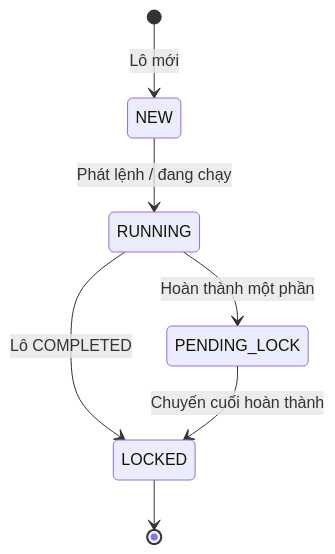
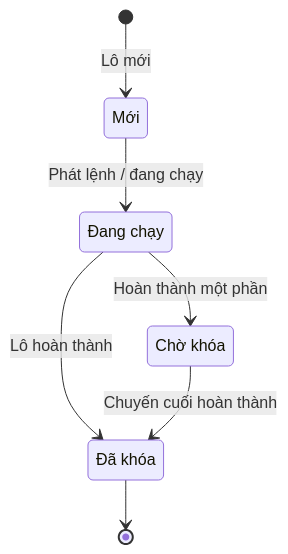
The seventh of 7 diagrams in docs/prd/quy-trinh-cus-dieuvan-laixe.md (4rankng/silversea), drawn with Mermaid before and after one commit. The commit also changed other lines of this file, not shown here.

````diff
--- a/docs/prd/quy-trinh-cus-dieuvan-laixe.md
+++ b/docs/prd/quy-trinh-cus-dieuvan-laixe.md
@@ -245,9 +255,14 @@
 ```mermaid
 stateDiagram-v2
-    [*] --> NEW : Lô mới
-    NEW --> RUNNING : Phát lệnh / đang chạy
-    RUNNING --> PENDING_LOCK : Hoàn thành một phần
-    RUNNING --> LOCKED : Lô COMPLETED
-    PENDING_LOCK --> LOCKED : Chuyến cuối hoàn thành
-    LOCKED --> [*]
+    state "Mới" as moi
+    state "Đang chạy" as chay
+    state "Chờ khóa" as choKhoa
+    state "Đã khóa" as khoa
+
+    [*] --> moi : Lô mới
+    moi --> chay : Phát lệnh / đang chạy
+    chay --> choKhoa : Hoàn thành một phần
+    chay --> khoa : Lô hoàn thành
+    choKhoa --> khoa : Chuyến cuối hoàn thành
+    khoa --> [*]
 ```
````
